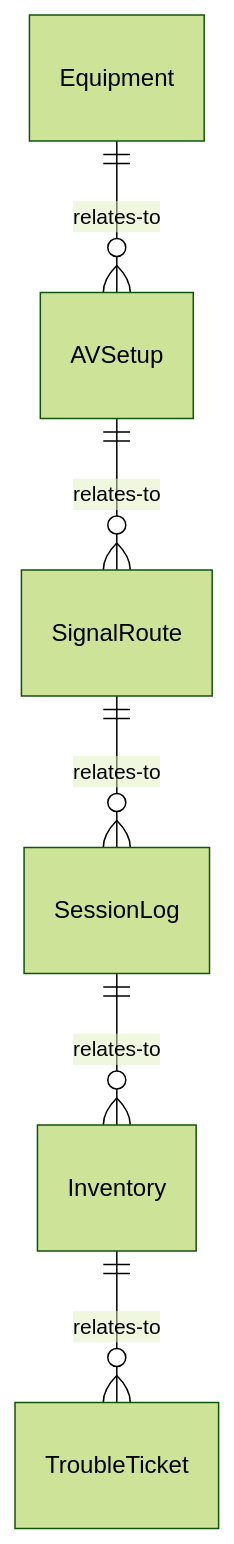
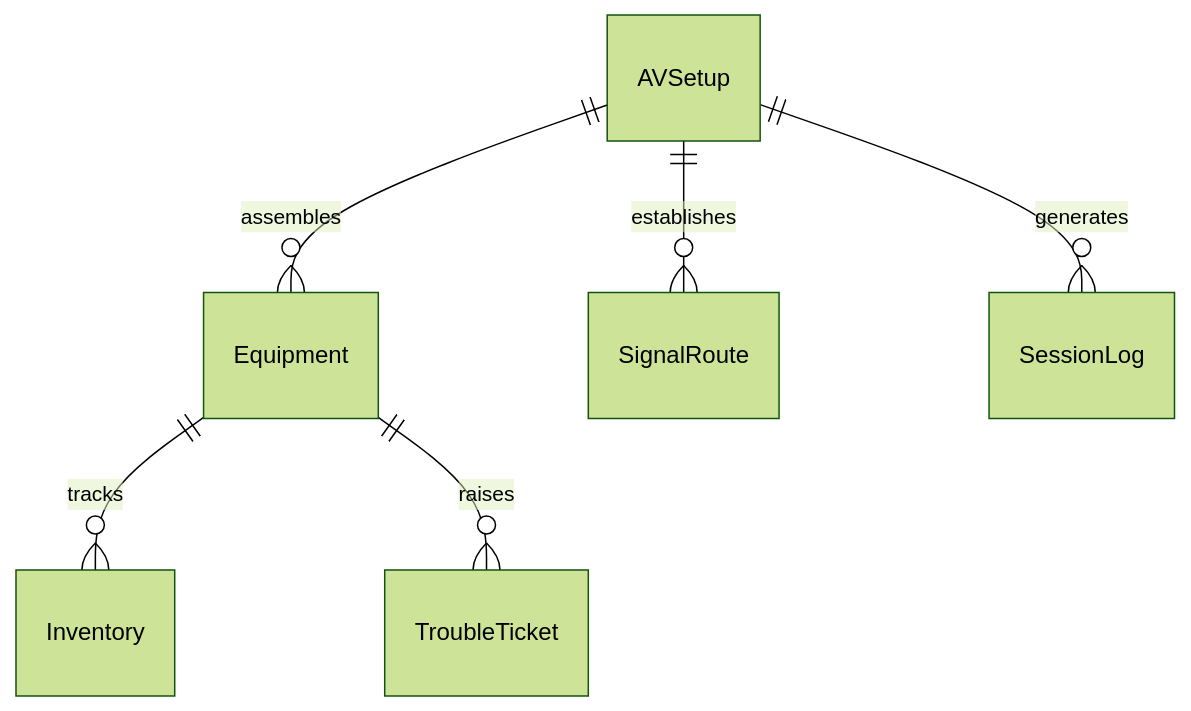
Before and after one commit to dot-org-ai/tasks.org.ai: the first of 4 diagrams in ControllingMachinesAndProcesses/OperateAudiovisualOrRelatedEquipment/OperateAudiovisualEquipment.mdx, drawn with Mermaid (forest theme). The commit also changed other lines of this file and 515 other files, not shown here.

````diff
--- a/ControllingMachinesAndProcesses/OperateAudiovisualOrRelatedEquipment/OperateAudiovisualEquipment.mdx
+++ b/ControllingMachinesAndProcesses/OperateAudiovisualOrRelatedEquipment/OperateAudiovisualEquipment.mdx
@@ -87,8 +87,8 @@
 ```mermaid
 erDiagram
-    Equipment ||--o{ AVSetup : relates-to
-    AVSetup ||--o{ SignalRoute : relates-to
-    SignalRoute ||--o{ SessionLog : relates-to
-    SessionLog ||--o{ Inventory : relates-to
-    Inventory ||--o{ TroubleTicket : relates-to
+    AVSetup ||--o{ Equipment : assembles
+    AVSetup ||--o{ SignalRoute : establishes
+    AVSetup ||--o{ SessionLog : generates
+    Equipment ||--o{ Inventory : tracks
+    Equipment ||--o{ TroubleTicket : raises
 ```
````
